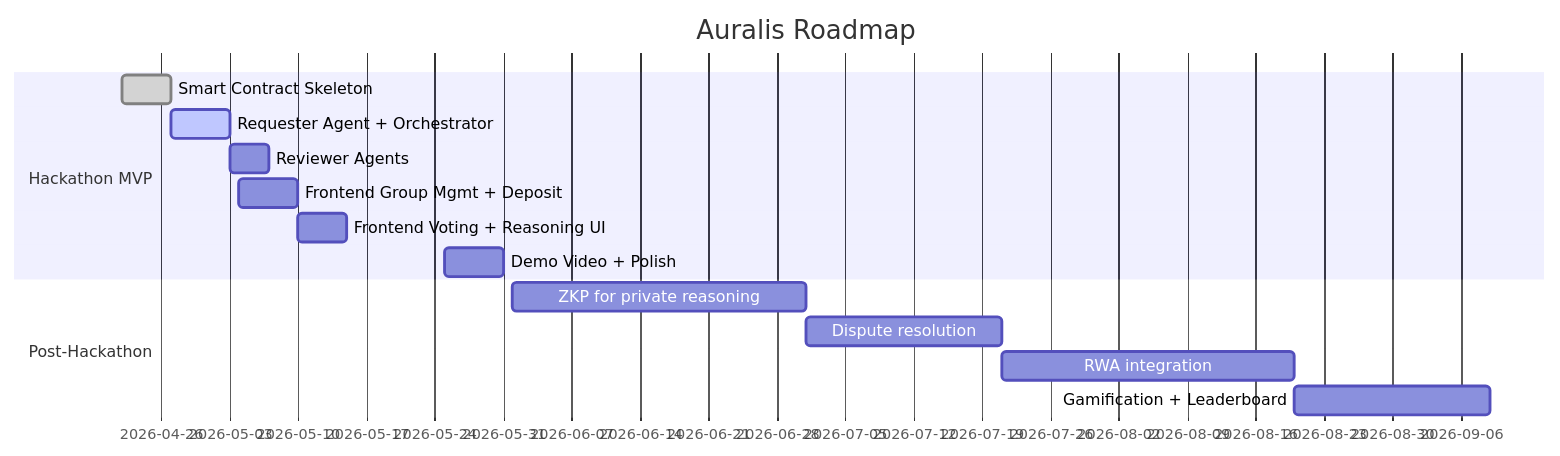
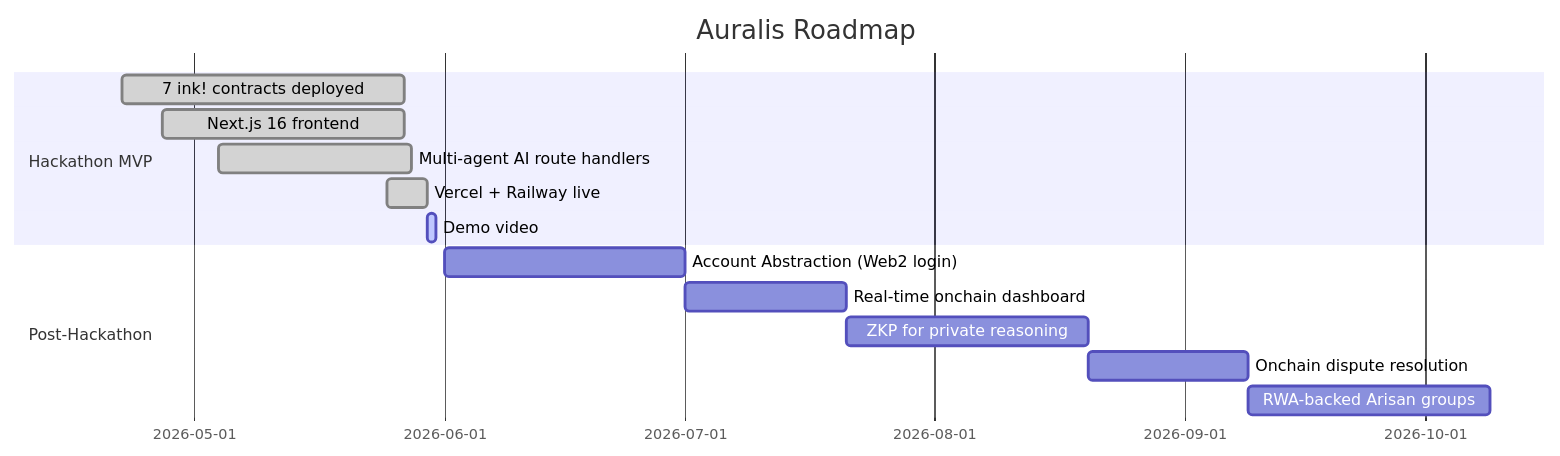
The seventh of 7 diagrams in README.md (EzraNahumury/auralis), drawn with Mermaid before and after one commit. The commit also changed other lines of this file, not shown here.

First line of the commit message:
docs: rewrite README — live deployment, addresses, Vercel + Railway links

````diff
--- a/README.md
+++ b/README.md
@@ -1677,17 +555,19 @@
 ```mermaid
 gantt
     title Auralis Roadmap
     dateFormat YYYY-MM-DD
+
     section Hackathon MVP
-    Smart Contract Skeleton        :done,    a1, 2026-04-22, 5d
-    Requester Agent + Orchestrator :active,  a2, 2026-04-27, 6d
-    Reviewer Agents                :         a3, after a2, 4d
-    Frontend Group Mgmt + Deposit  :         a4, 2026-05-04, 6d
-    Frontend Voting + Reasoning UI :         a5, after a4, 5d
-    Demo Video + Polish            :         a6, 2026-05-25, 6d
+    7 ink! contracts deployed       :done, a1, 2026-04-22, 35d
+    Next.js 16 frontend             :done, a2, 2026-04-27, 30d
+    Multi-agent AI route handlers   :done, a3, 2026-05-04, 24d
+    Vercel + Railway live           :done, a4, 2026-05-25, 5d
+    Demo video                      :active, a5, 2026-05-30, 1d
+
     section Post-Hackathon
-    ZKP for private reasoning      :         b1, 2026-06-01, 30d
-    Dispute resolution             :         b2, after b1, 20d
-    RWA integration                :         b3, after b2, 30d
-    Gamification + Leaderboard     :         b4, after b3, 20d
+    Account Abstraction (Web2 login):       b1, 2026-06-01, 30d
+    Real-time onchain dashboard     :       b2, after b1, 20d
+    ZKP for private reasoning       :       b3, after b2, 30d
+    Onchain dispute resolution      :       b4, after b3, 20d
+    RWA-backed Arisan groups        :       b5, after b4, 30d
 ```
````
